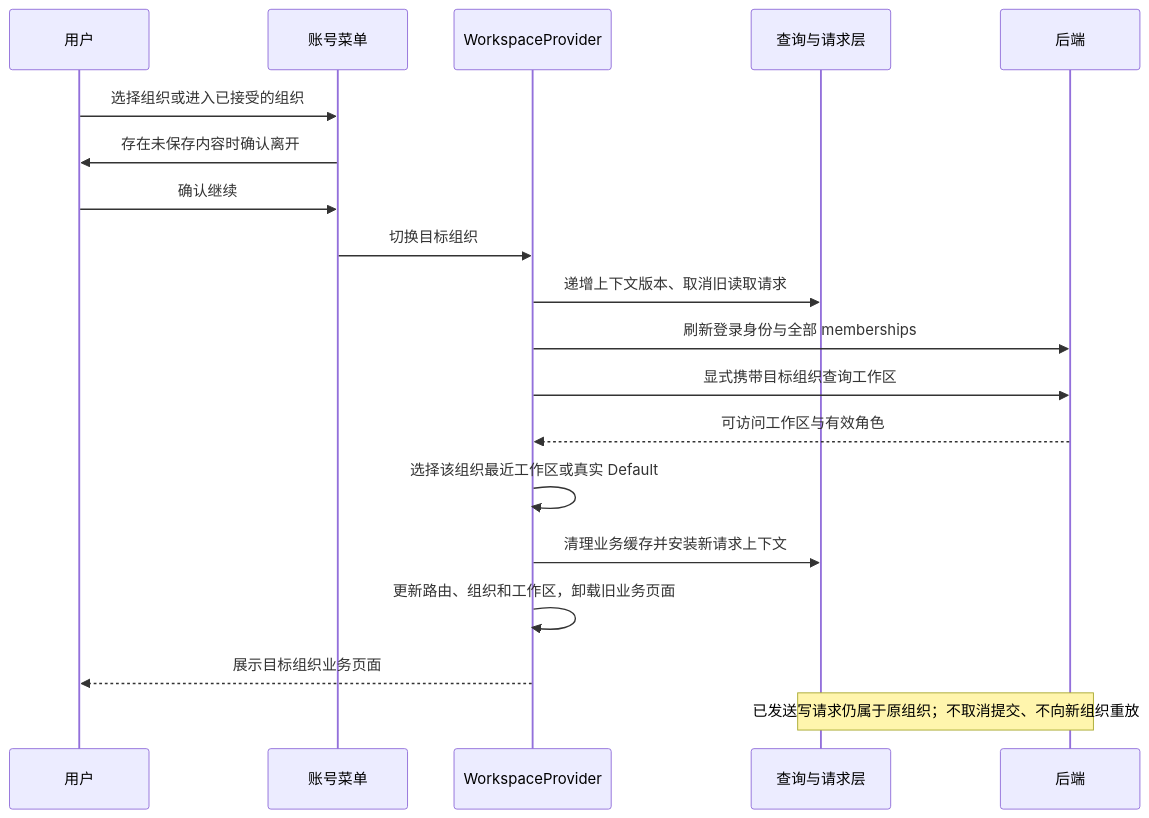
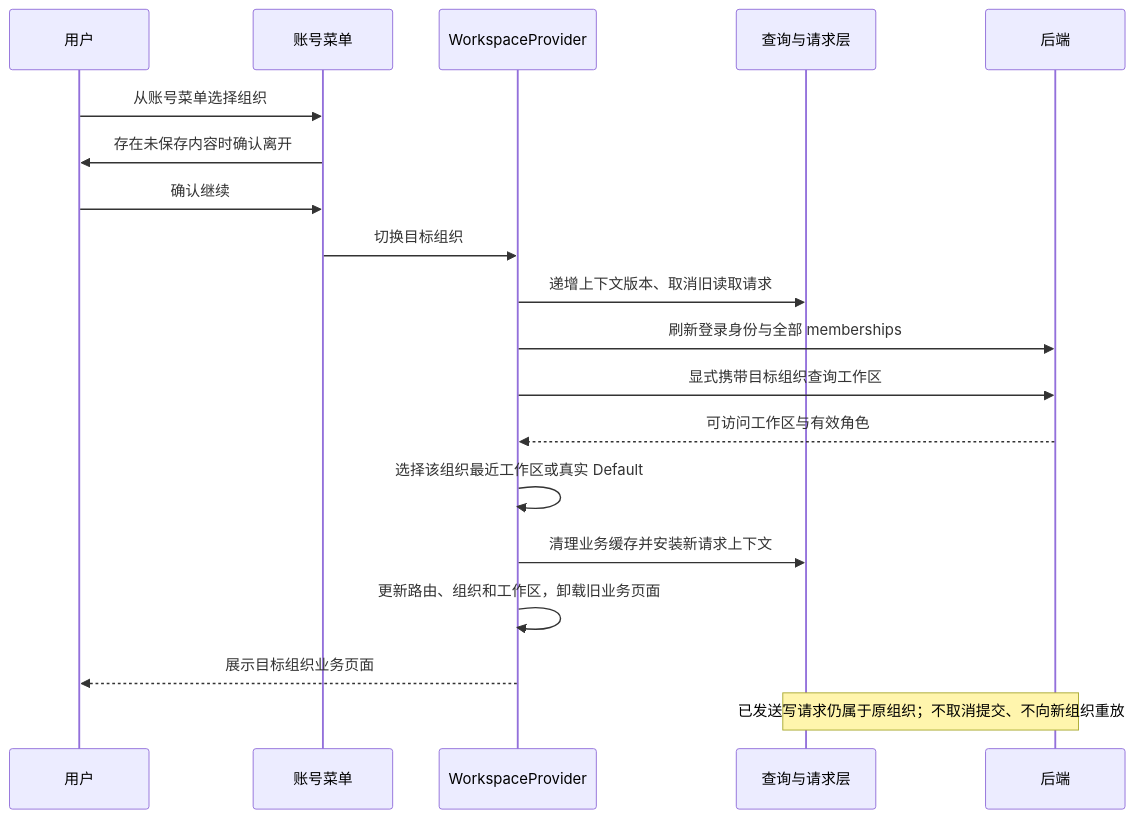
The fourth of 4 diagrams in docs/design/organization-joining.md (superduck-ai/open-managed-agents), drawn with Mermaid before and after one commit. The commit also changed other lines of this file and 14 other files, not shown here.

````diff
--- a/docs/design/organization-joining.md
+++ b/docs/design/organization-joining.md
@@ -119,21 +121,21 @@
 ```mermaid
 sequenceDiagram
     participant U as 用户
     participant M as 账号菜单
     participant P as WorkspaceProvider
     participant Q as 查询与请求层
     participant B as 后端
-    U->>M: 选择组织或进入已接受的组织
+    U->>M: 从账号菜单选择组织
     M->>U: 存在未保存内容时确认离开
     U->>M: 确认继续
     M->>P: 切换目标组织
     P->>Q: 递增上下文版本、取消旧读取请求
     P->>B: 刷新登录身份与全部 memberships
     P->>B: 显式携带目标组织查询工作区
     B-->>P: 可访问工作区与有效角色
     P->>P: 选择该组织最近工作区或真实 Default
     P->>Q: 清理业务缓存并安装新请求上下文
     P->>P: 更新路由、组织和工作区，卸载旧业务页面
     P-->>U: 展示目标组织业务页面
     Note over Q,B: 已发送写请求仍属于原组织；不取消提交、不向新组织重放
 ```
````
